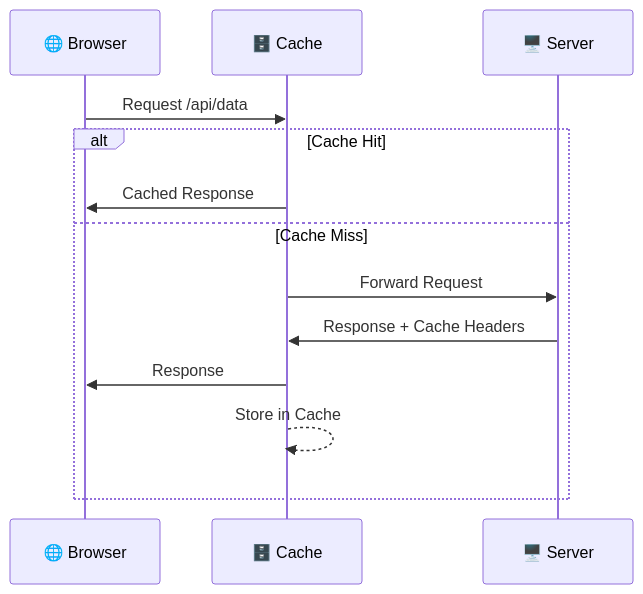
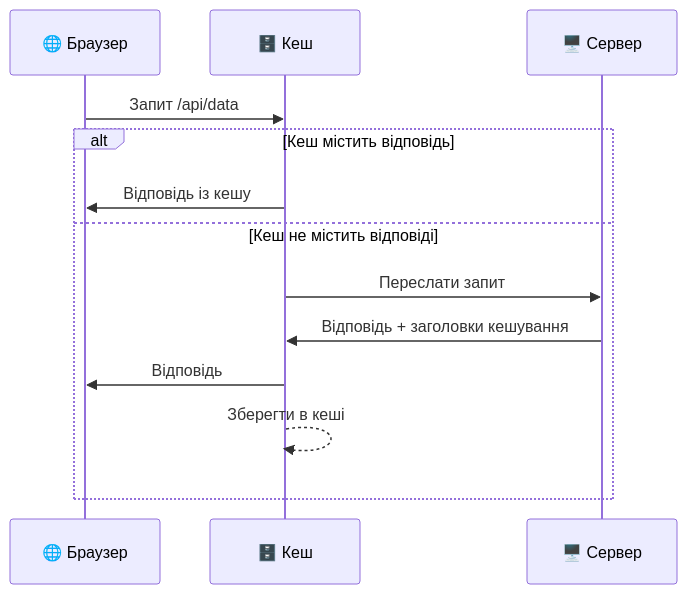
Before and after one commit to olroi421/course-web: the seventh of 19 diagrams in lectures/lecture-01.md, drawn with Mermaid. The commit also changed other lines of this file and 4 other files, not shown here.

````diff
--- a/lectures/lecture-01.md
+++ b/lectures/lecture-01.md
@@ -433,16 +469,16 @@
 ```mermaid
 sequenceDiagram
-    participant B as 🌐 Browser
-    participant C as 🗄️ Cache
-    participant S as 🖥️ Server
+    participant B as 🌐 Браузер
+    participant C as 🗄️ Кеш
+    participant S as 🖥️ Сервер
 
-    B->>C: Request /api/data
-    alt Cache Hit
-        C->>B: Cached Response
-    else Cache Miss
-        C->>S: Forward Request
-        S->>C: Response + Cache Headers
-        C->>B: Response
-        C-->>C: Store in Cache
+    B->>C: Запит /api/data
+    alt Кеш містить відповідь
+        C->>B: Відповідь із кешу
+    else Кеш не містить відповіді
+        C->>S: Переслати запит
+        S->>C: Відповідь + заголовки кешування
+        C->>B: Відповідь
+        C-->>C: Зберегти в кеші
     end
 ```
````
